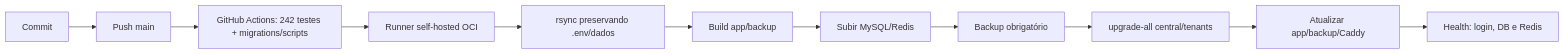
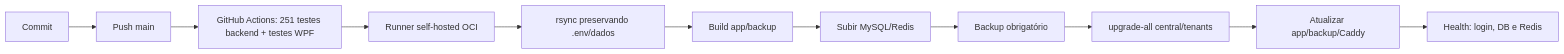
One commit to RafaelBG7/pdv2026 changed the fourth of 6 diagrams in DOCUMENTACAO_COMPLETA.md. Above: the diagram before and after it, drawn with Mermaid. The commit also changed other lines of this file and 39 other files, not shown here.

````diff
--- a/DOCUMENTACAO_COMPLETA.md
+++ b/DOCUMENTACAO_COMPLETA.md
@@ -686,13 +720,13 @@
 ```mermaid
 flowchart LR
     D[Commit] --> G[Push main]
-    G --> T[GitHub Actions: 242 testes + migrations/scripts]
+    G --> T[GitHub Actions: 251 testes backend + testes WPF]
     T --> R[Runner self-hosted OCI]
     R --> B[rsync preservando .env/dados]
     B --> I[Build app/backup]
     I --> DB[Subir MySQL/Redis]
     DB --> BK[Backup obrigatório]
     BK --> MG[upgrade-all central/tenants]
     MG --> UP[Atualizar app/backup/Caddy]
     UP --> H[Health: login, DB e Redis]
 ```
````
